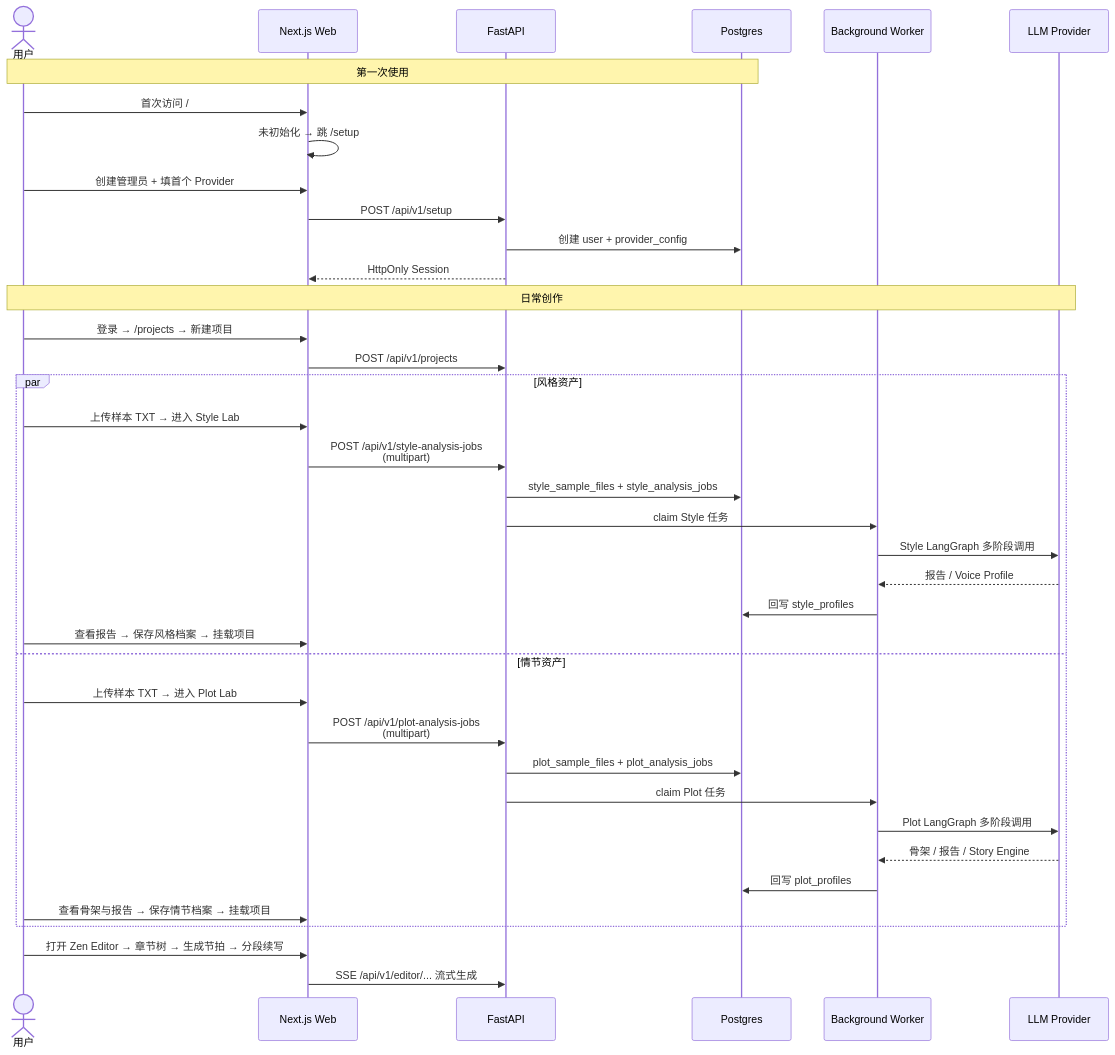
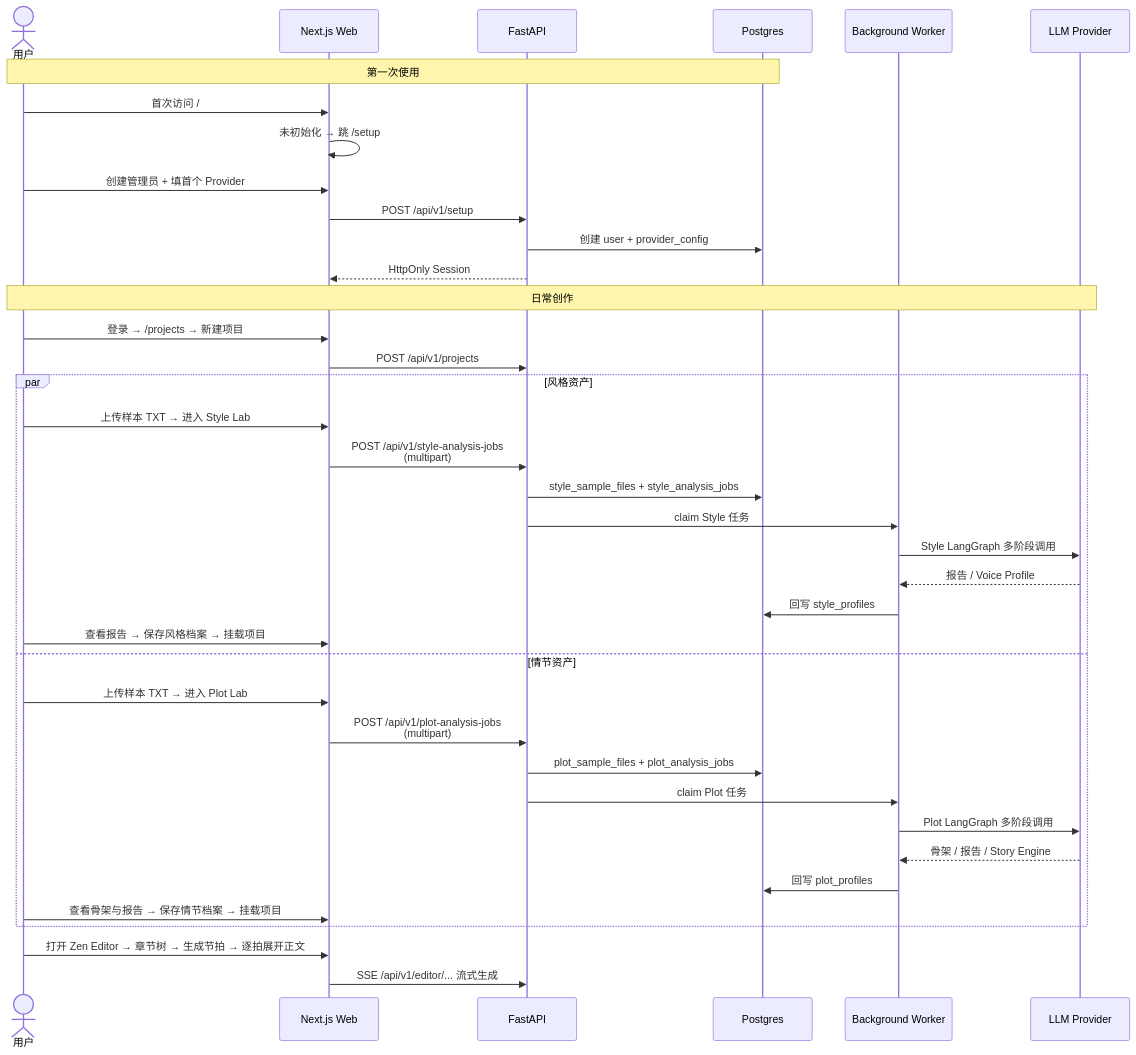
Before and after one commit to nsxzhou/Persona: the second of 2 diagrams in wiki/00-overview/00-what-is-persona.md, drawn with Mermaid. The commit also changed other lines of this file and 11 other files, not shown here.

````diff
--- a/wiki/00-overview/00-what-is-persona.md
+++ b/wiki/00-overview/00-what-is-persona.md
@@ -74,42 +74,42 @@
 ```mermaid
 sequenceDiagram
     actor 用户
     participant Web as Next.js Web
     participant API as FastAPI
     participant DB as Postgres
     participant Worker as Background Worker
     participant LLM as LLM Provider
 
     Note over 用户,DB: 第一次使用
     用户->>Web: 首次访问 /
     Web->>Web: 未初始化 → 跳 /setup
     用户->>Web: 创建管理员 + 填首个 Provider
     Web->>API: POST /api/v1/setup
     API->>DB: 创建 user + provider_config
     API-->>Web: HttpOnly Session
 
     Note over 用户,LLM: 日常创作
     用户->>Web: 登录 → /projects → 新建项目
     Web->>API: POST /api/v1/projects
     par 风格资产
         用户->>Web: 上传样本 TXT → 进入 Style Lab
         Web->>API: POST /api/v1/style-analysis-jobs<br/>(multipart)
         API->>DB: style_sample_files + style_analysis_jobs
         API->>Worker: claim Style 任务
         Worker->>LLM: Style LangGraph 多阶段调用
         LLM-->>Worker: 报告 / Voice Profile
         Worker->>DB: 回写 style_profiles
         用户->>Web: 查看报告 → 保存风格档案 → 挂载项目
     and 情节资产
         用户->>Web: 上传样本 TXT → 进入 Plot Lab
         Web->>API: POST /api/v1/plot-analysis-jobs<br/>(multipart)
         API->>DB: plot_sample_files + plot_analysis_jobs
         API->>Worker: claim Plot 任务
         Worker->>LLM: Plot LangGraph 多阶段调用
         LLM-->>Worker: 骨架 / 报告 / Story Engine
         Worker->>DB: 回写 plot_profiles
         用户->>Web: 查看骨架与报告 → 保存情节档案 → 挂载项目
     end
-    用户->>Web: 打开 Zen Editor → 章节树 → 生成节拍 → 分段续写
+    用户->>Web: 打开 Zen Editor → 章节树 → 生成节拍 → 逐拍展开正文
     Web->>API: SSE /api/v1/editor/... 流式生成
 ```
````
